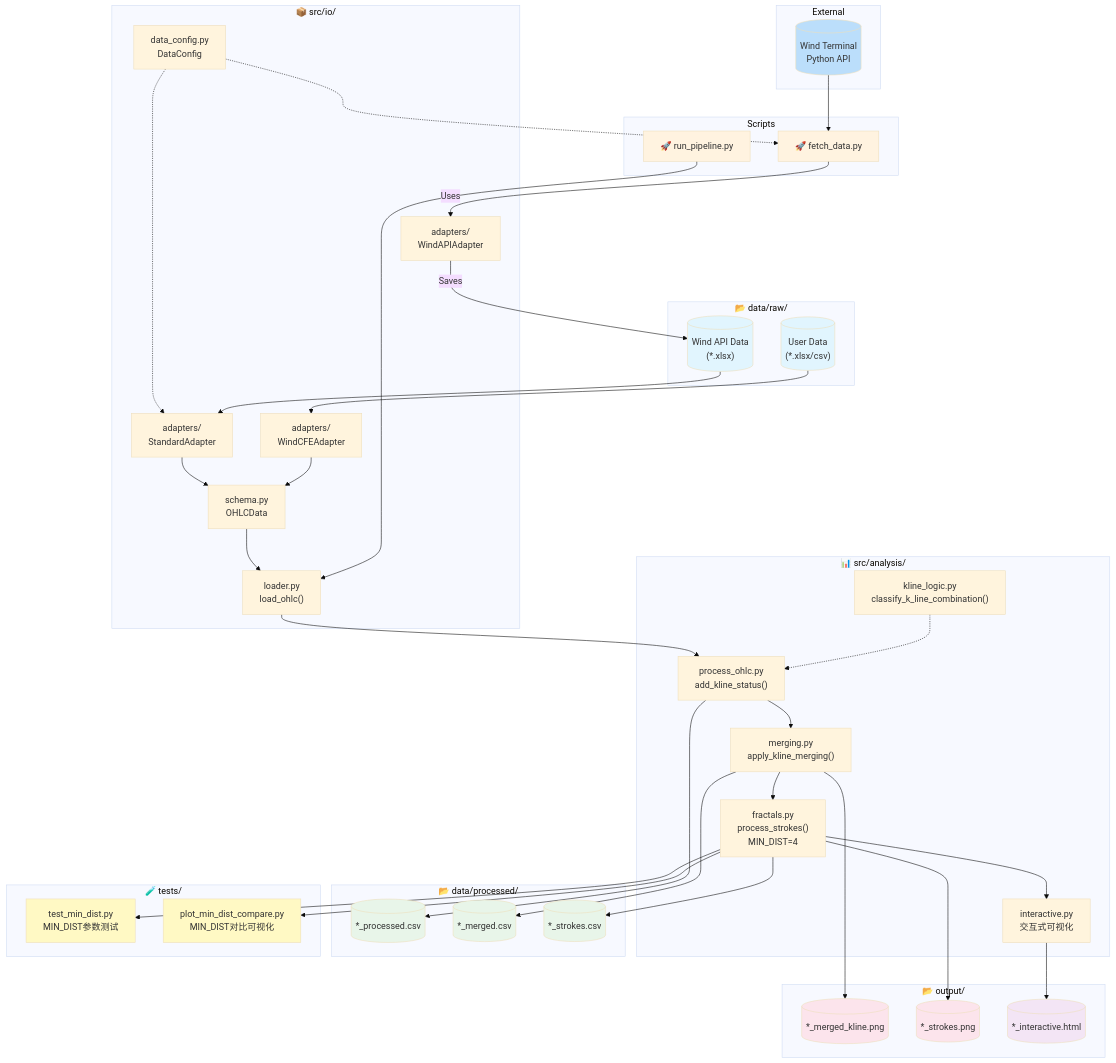
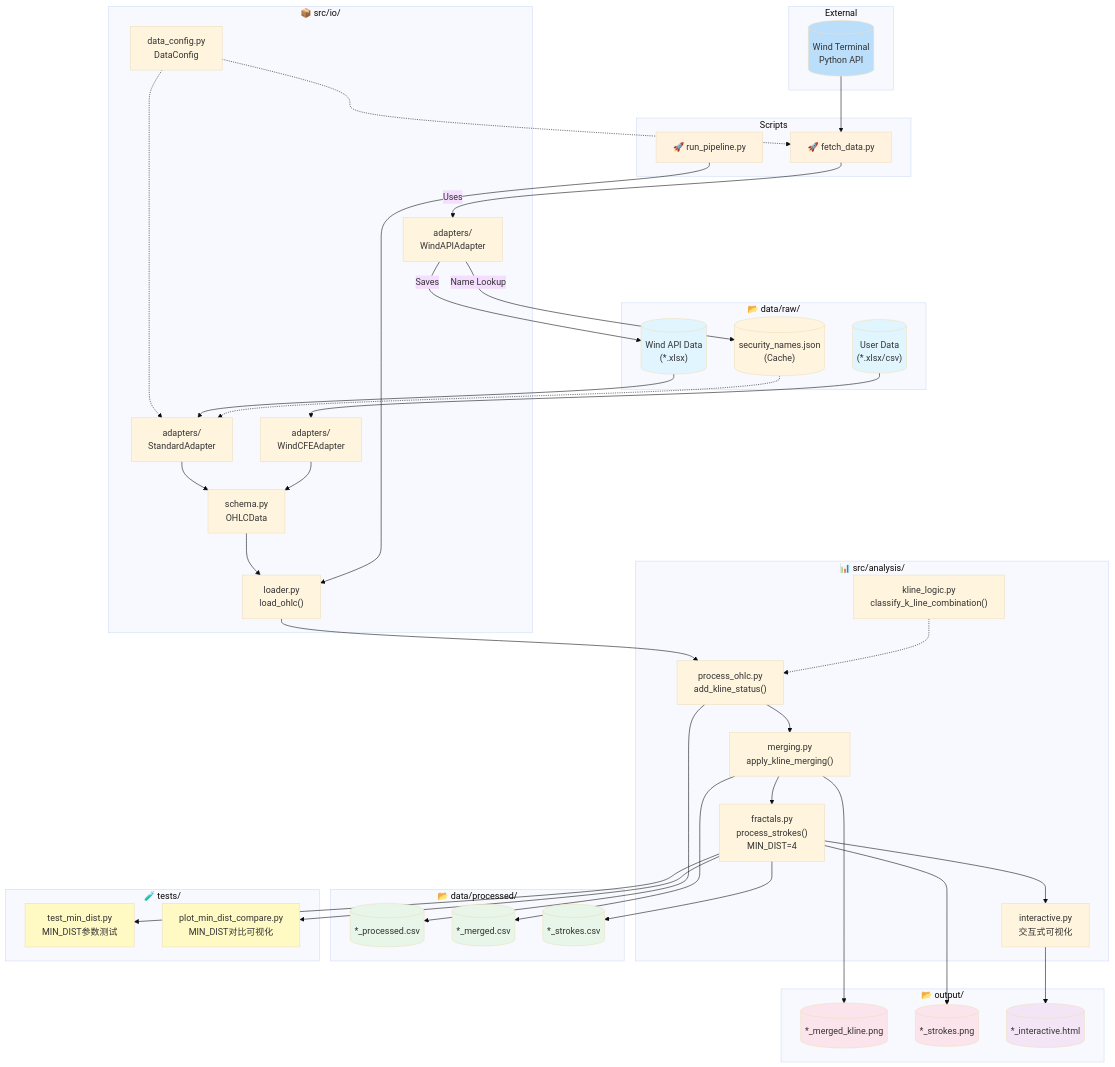
Before and after one commit to terry-an-investor/tl-fractal: the first of 3 diagrams in docs/workflow.md, drawn with Mermaid (base theme). The commit also changed other lines of this file and 9 other files, not shown here.

Commit message:
feat: Add interactive chart generation, data processing outputs, and workflow documentation.

```diff
--- a/docs/workflow.md
+++ b/docs/workflow.md
@@ -16,6 +16,7 @@
     subgraph "📂 data/raw/"
         RAW_API[("Wind API Data<br/>(*.xlsx)")]
         RAW_USER[("User Data<br/>(*.xlsx/csv)")]
+        CACHE[("security_names.json<br/>(Cache)")]
     end
     
     subgraph "📦 src/io/"
@@ -32,9 +33,11 @@
         CONFIG -.-> FETCH
         CONFIG -.-> STD_ADAPTER
         
+        WIND_ADAPTER --Name Lookup--> CACHE
         WIND_ADAPTER --Saves--> RAW_API
         
         RAW_API --> STD_ADAPTER
+        CACHE -.-> STD_ADAPTER
         RAW_USER --> CFE_ADAPTER
         
         STD_ADAPTER --> SCHEMA
```
